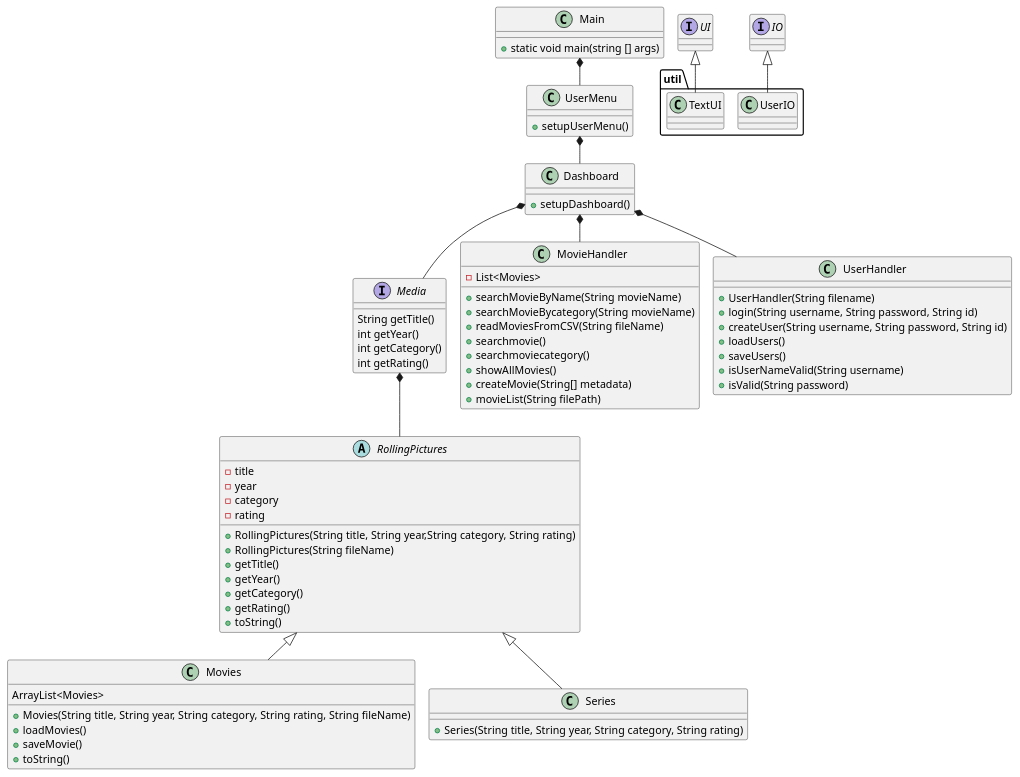
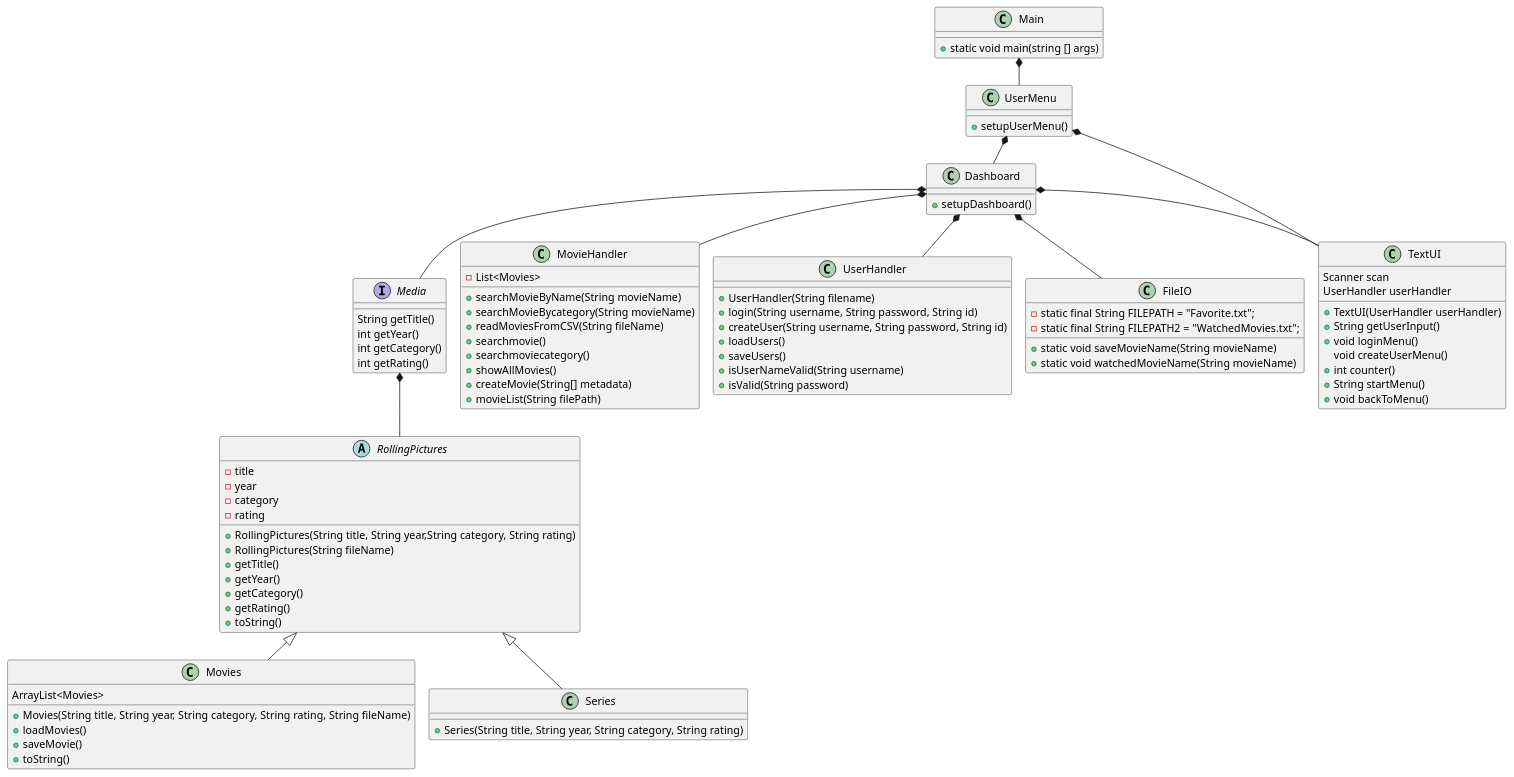
The diagram in doc/Classdiagram.puml (ETHMUNI/SP3-streamingtjeneste), drawn with PlantUML before and after one commit. The commit also changed 12 other files, not shown here.

```diff
--- a/doc/Classdiagram.puml
+++ b/doc/Classdiagram.puml
@@ -1,86 +1,101 @@
 @startuml
 'https://plantuml.com/class-diagram
 !pragma layout smetana
 
 interface Media
 class Main
 class Movies
 class Series
 class UserMenu
 class Dashboard
 class MovieHandler
 class UserHandler
-interface UI
-interface IO
 abstract RollingPictures
 
-package "util"{
+
 class TextUI
-class UserIO
-}
+class FileIO
+
 
 Media : String getTitle()
 Media : int getYear()
 Media : int getCategory()
 Media : int getRating()
 
 Main : + static void main(string [] args)
 
 Movies : ArrayList<Movies>
 Movies : + Movies(String title, String year, String category, String rating, String fileName)
 Movies : + loadMovies()
 Movies : + saveMovie()
 Movies : + toString()
 
 Series : + Series(String title, String year, String category, String rating)
 
 UserMenu : + setupUserMenu()
 
 Dashboard : + setupDashboard()
 
 MovieHandler : - List<Movies>
 MovieHandler : + searchMovieByName(String movieName)
 MovieHandler : + searchMovieBycategory(String movieName)
 MovieHandler : + readMoviesFromCSV(String fileName)
 MovieHandler : + searchmovie()
 MovieHandler : + searchmoviecategory()
 MovieHandler : + showAllMovies()
 MovieHandler : + createMovie(String[] metadata)
 MovieHandler : + movieList(String filePath)
 
 UserHandler : + UserHandler(String filename)
 UserHandler : + login(String username, String password, String id)
 UserHandler : + createUser(String username, String password, String id)
 UserHandler : + loadUsers()
 UserHandler : + saveUsers()
 UserHandler : + isUserNameValid(String username)
 UserHandler : + isValid(String password)
 
 RollingPictures : - title
 RollingPictures : - year
 RollingPictures : - category
 RollingPictures : - rating
 RollingPictures : + RollingPictures(String title, String year,String category, String rating)
 RollingPictures : + RollingPictures(String fileName)
 RollingPictures : + getTitle()
 RollingPictures : + getYear()
 RollingPictures : + getCategory()
 RollingPictures : + getRating()
 RollingPictures : + toString()
 
 Main *-- UserMenu
 UserMenu *-- Dashboard
 Dashboard *--Media
 Dashboard *-- UserHandler
 Dashboard *-- MovieHandler
 Media *-- RollingPictures
 
 RollingPictures <|-- Movies
 RollingPictures <|-- Series
 
-UI <|-- TextUI
-IO <|-- UserIO
+Dashboard *-- TextUI
+UserMenu *-- TextUI
 
+TextUI : Scanner scan
+TextUI : UserHandler userHandler
+
+TextUI : + TextUI(UserHandler userHandler)
+TextUI : + String getUserInput()
+TextUI : + void loginMenu()
+TextUI : void createUserMenu()
+TextUI : + int counter()
+TextUI : + String startMenu()
+TextUI : + void backToMenu()
+
+Dashboard *-- FileIO
+
+FileIO : - static final String FILEPATH = "Favorite.txt";
+FileIO : - static final String FILEPATH2 = "WatchedMovies.txt";
+FileIO : + static void saveMovieName(String movieName)
+FileIO : + static void watchedMovieName(String movieName)
 
 
 @enduml
```
